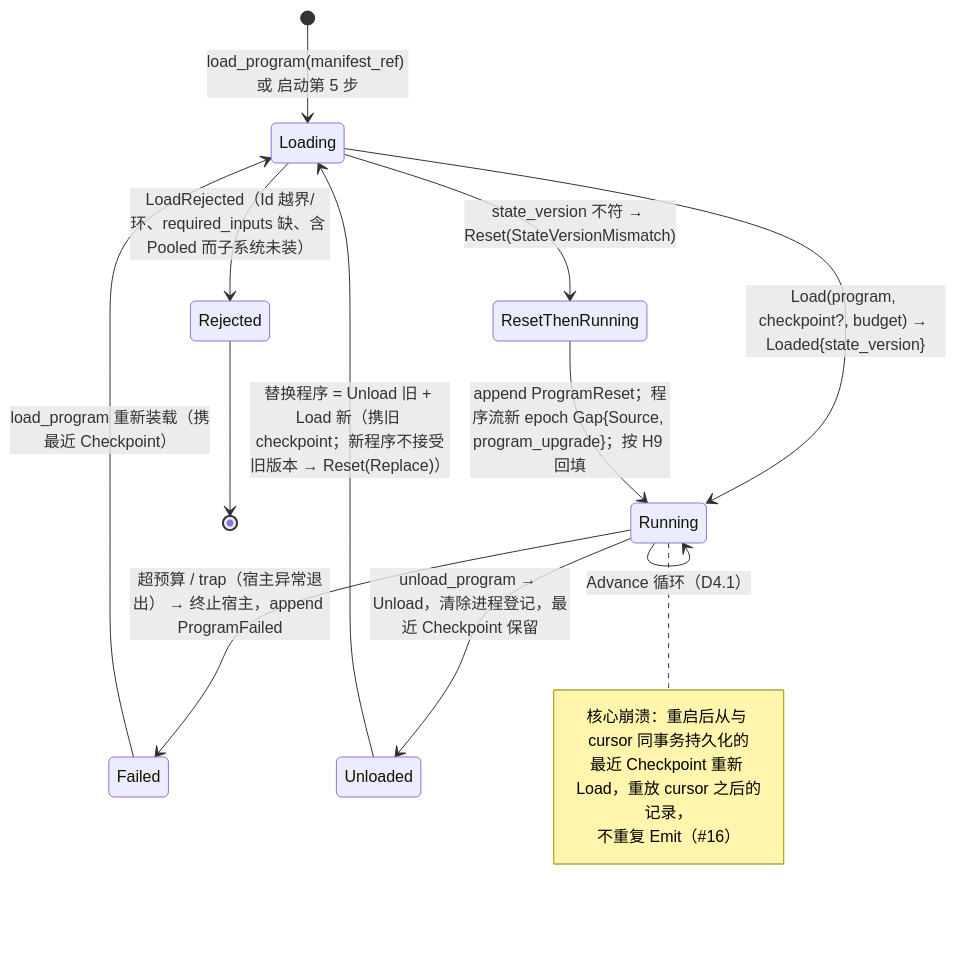
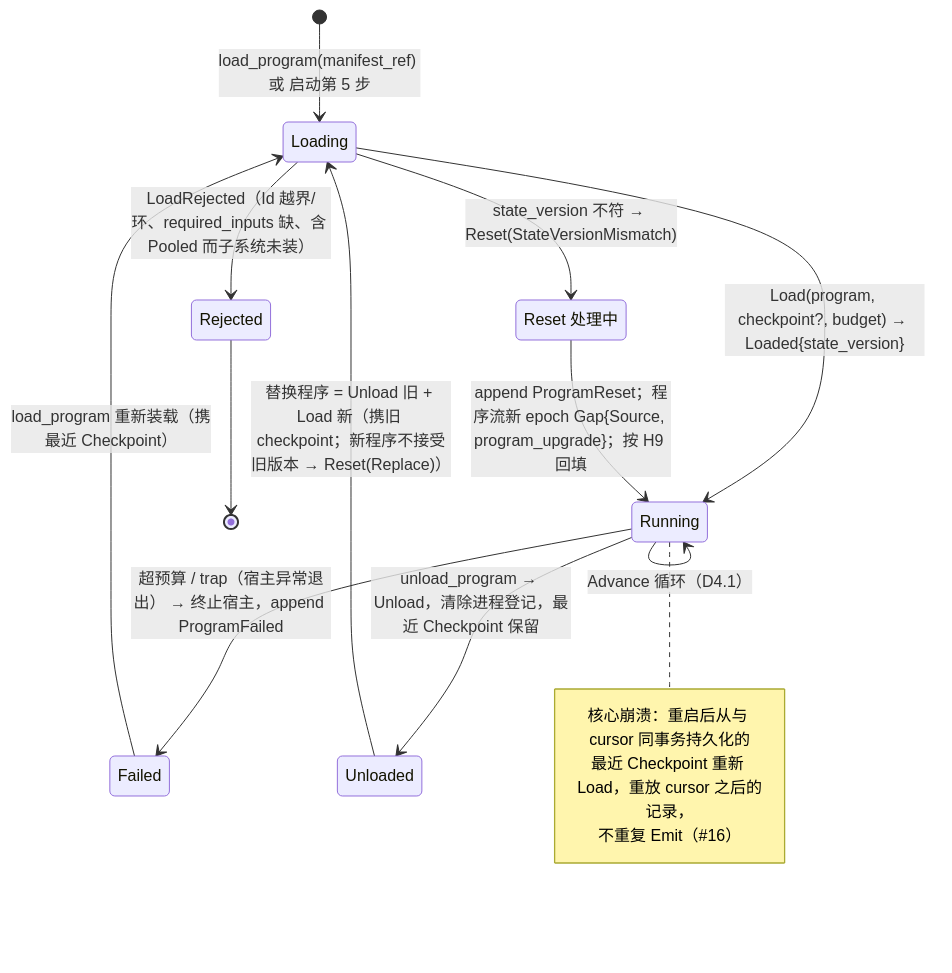
The second of 3 diagrams in design/diagrams/04-program-host.md (mouriya-s-lab/uta), drawn with Mermaid before and after one commit. The commit also changed other lines of this file and 10 other files, not shown here.

````diff
--- a/design/diagrams/04-program-host.md
+++ b/design/diagrams/04-program-host.md
@@ -67,19 +67,20 @@
 ```mermaid
 stateDiagram-v2
   [*] --> Loading : load_program(manifest_ref) 或 启动第 5 步
   Loading --> Running : Load(program, checkpoint?, budget) → Loaded{state_version}
   Loading --> Rejected : LoadRejected（Id 越界/环、required_inputs 缺、含 Pooled 而子系统未装）
-  Loading --> ResetThenRunning : state_version 不符 → Reset(StateVersionMismatch)
-  ResetThenRunning --> Running : append ProgramReset；程序流新 epoch Gap{Source, program_upgrade}；按 H9 回填
+  state "Reset 处理中" as RST
+  Loading --> RST : state_version 不符 → Reset(StateVersionMismatch)
+  RST --> Running : append ProgramReset；程序流新 epoch Gap{Source, program_upgrade}；按 H9 回填
   Running --> Running : Advance 循环（D4.1）
   Running --> Failed : 超预算 / trap（宿主异常退出） → 终止宿主，append ProgramFailed
   Running --> Unloaded : unload_program → Unload，清除进程登记，最近 Checkpoint 保留
   Failed --> Loading : load_program 重新装载（携最近 Checkpoint）
   Unloaded --> Loading : 替换程序 = Unload 旧 + Load 新（携旧 checkpoint；新程序不接受旧版本 → Reset(Replace)）
   Rejected --> [*]
   note right of Running
     核心崩溃：重启后从与 cursor 同事务持久化的
     最近 Checkpoint 重新 Load，重放 cursor 之后的记录，
     不重复 Emit（#16）
   end note
 ```
````
